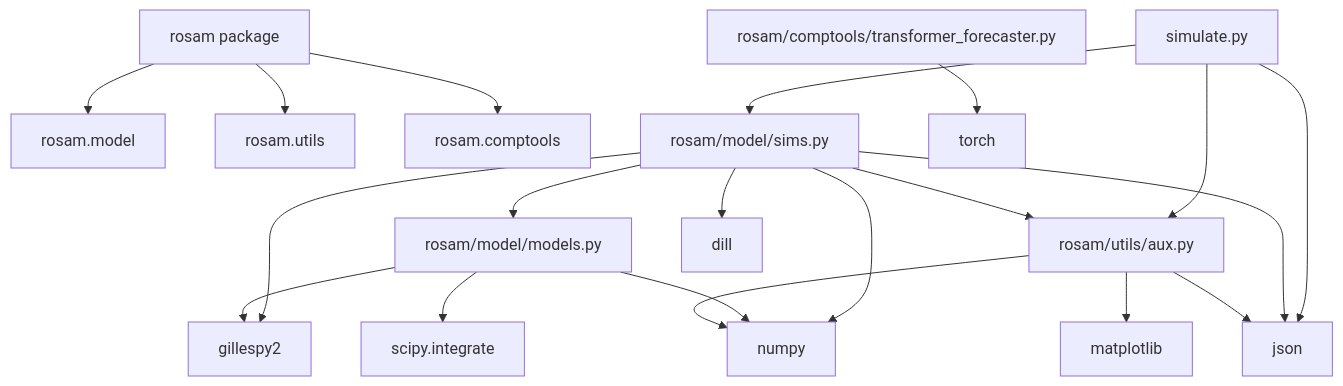
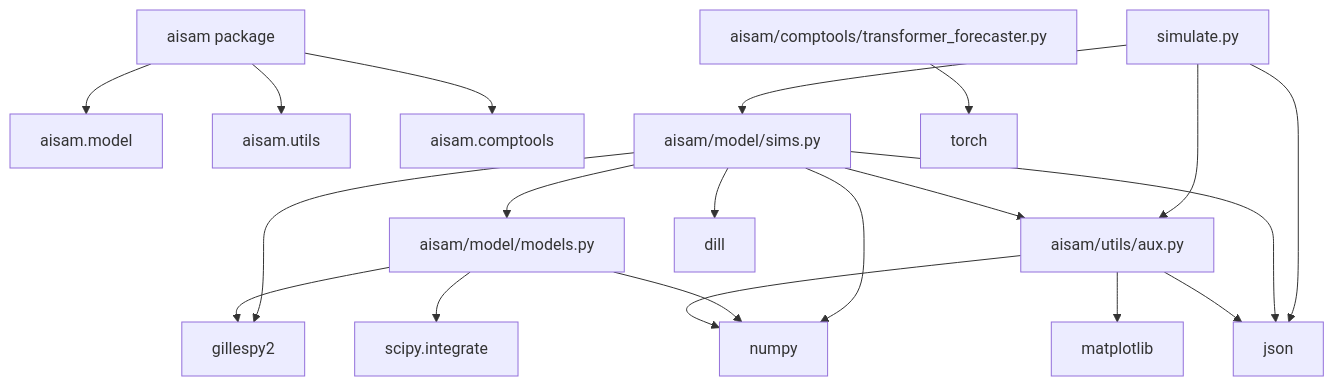
One commit to mhossein7/aisam changed the first of 3 diagrams in README.md. Above: the diagram before and after it, drawn with Mermaid. The commit also changed 29 other files, not shown here.

Commit message:
Rename package from rosam to aisam

````diff
--- a/README.md
+++ b/README.md
@@ -5,47 +5,47 @@
 ```mermaid
 graph TD
     simulate_py[simulate.py]
 
-    rosam[rosam package]
-    model_pkg[rosam.model]
-    utils_pkg[rosam.utils]
-    comptools_pkg[rosam.comptools]
+    aisam[aisam package]
+    model_pkg[aisam.model]
+    utils_pkg[aisam.utils]
+    comptools_pkg[aisam.comptools]
 
-    sims_py[rosam/model/sims.py]
-    models_py[rosam/model/models.py]
-    aux_py[rosam/utils/aux.py]
-    tf_py[rosam/comptools/transformer_forecaster.py]
+    sims_py[aisam/model/sims.py]
+    models_py[aisam/model/models.py]
+    aux_py[aisam/utils/aux.py]
+    tf_py[aisam/comptools/transformer_forecaster.py]
 
     gillespy2[gillespy2]
     numpy[numpy]
     scipy[scipy.integrate]
     torch[torch]
     matplotlib[matplotlib]
     dill[dill]
     json[json]
 
     simulate_py --> sims_py
     simulate_py --> aux_py
     simulate_py --> json
 
-    rosam --> model_pkg
-    rosam --> utils_pkg
-    rosam --> comptools_pkg
+    aisam --> model_pkg
+    aisam --> utils_pkg
+    aisam --> comptools_pkg
 
     sims_py --> models_py
     sims_py --> aux_py
     sims_py --> gillespy2
     sims_py --> numpy
     sims_py --> dill
     sims_py --> json
 
     models_py --> gillespy2
     models_py --> numpy
     models_py --> scipy
 
     aux_py --> numpy
     aux_py --> matplotlib
     aux_py --> json
 
     tf_py --> torch
 ```
````
